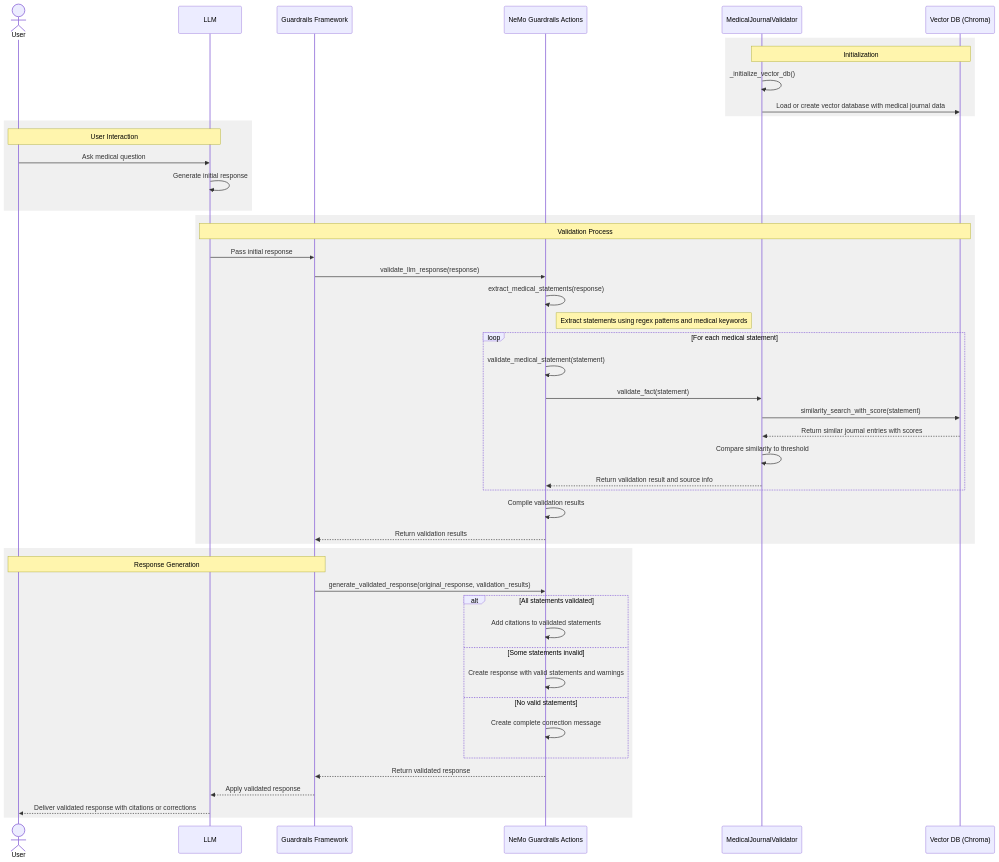
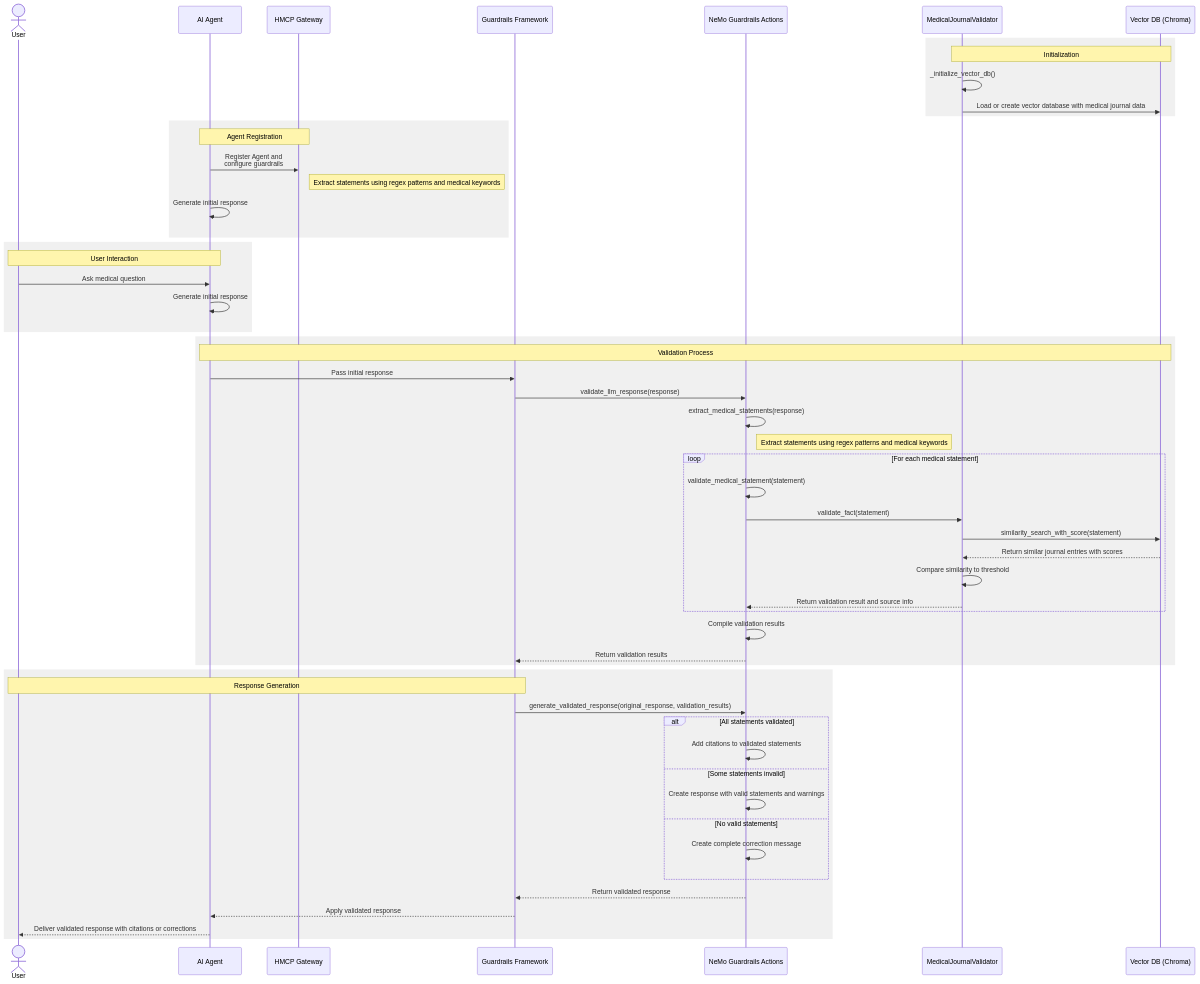
The diagram in docs/specification/guardrails.md (amitv-innovaccer/Healthcare-MCP), drawn with Mermaid before and after one commit. The commit also changed 1 other file, not shown here.

Commit message:
Cleanup readme file

````diff
--- a/docs/specification/guardrails.md
+++ b/docs/specification/guardrails.md
@@ -30,62 +30,71 @@
 ```mermaid
 sequenceDiagram
     actor User
-    participant LLM as LLM
+    participant LLM as AI Agent
+    participant GATE as HMCP Gateway
     participant GF as Guardrails Framework
     participant Actions as NeMo Guardrails Actions
     participant Validator as MedicalJournalValidator
     participant VectorDB as Vector DB (Chroma)
 
     %% Initialization
     rect rgb(240, 240, 240)
         Note over Validator, VectorDB: Initialization
         Validator->>Validator: _initialize_vector_db()
         Validator->>VectorDB: Load or create vector database with medical journal data
+    end
+
+    %% Agent Registration
+    rect rgb(240, 240, 240)
+        Note over LLM, GATE: Agent Registration
+        LLM->>GATE: Register Agent and <br>configure guardrails
+        Note right of GATE: Extract statements using regex patterns and medical keywords  
+        LLM->>LLM: Generate initial response
     end
 
     %% User Interaction
     rect rgb(240, 240, 240)
         Note over User, LLM: User Interaction
         User->>LLM: Ask medical question
         LLM->>LLM: Generate initial response
     end
 
     %% Validation Process
     rect rgb(240, 240, 240)
         Note over LLM, VectorDB: Validation Process
         LLM->>GF: Pass initial response
         GF->>Actions: validate_llm_response(response)
         Actions->>Actions: extract_medical_statements(response)
         Note right of Actions: Extract statements using regex patterns and medical keywords
 
         loop For each medical statement
             Actions->>Actions: validate_medical_statement(statement)
             Actions->>Validator: validate_fact(statement)
             Validator->>VectorDB: similarity_search_with_score(statement)
             VectorDB-->>Validator: Return similar journal entries with scores
             Validator->>Validator: Compare similarity to threshold
             Validator-->>Actions: Return validation result and source info
         end
 
         Actions->>Actions: Compile validation results
         Actions-->>GF: Return validation results
     end
 
     %% Response Generation
     rect rgb(240, 240, 240)
         Note over GF, User: Response Generation
         GF->>Actions: generate_validated_response(original_response, validation_results)
         
         alt All statements validated
             Actions->>Actions: Add citations to validated statements
         else Some statements invalid
             Actions->>Actions: Create response with valid statements and warnings
         else No valid statements
             Actions->>Actions: Create complete correction message
         end
         
         Actions-->>GF: Return validated response
         GF-->>LLM: Apply validated response
         LLM-->>User: Deliver validated response with citations or corrections
     end
 ```
````
